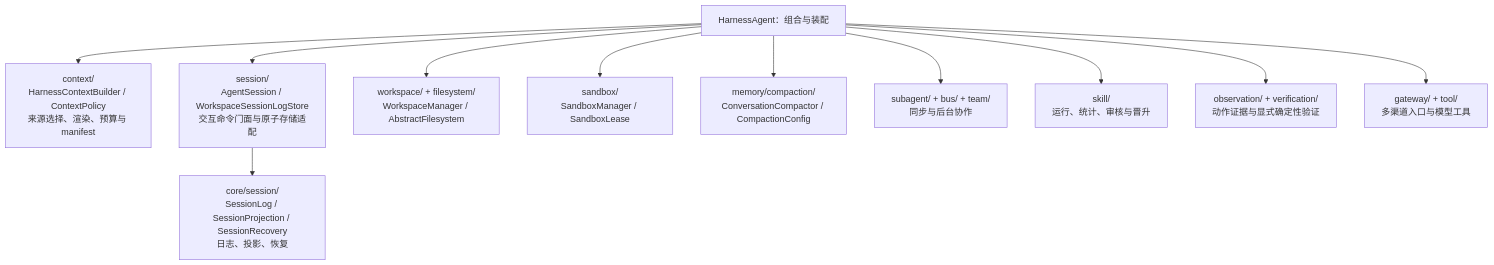
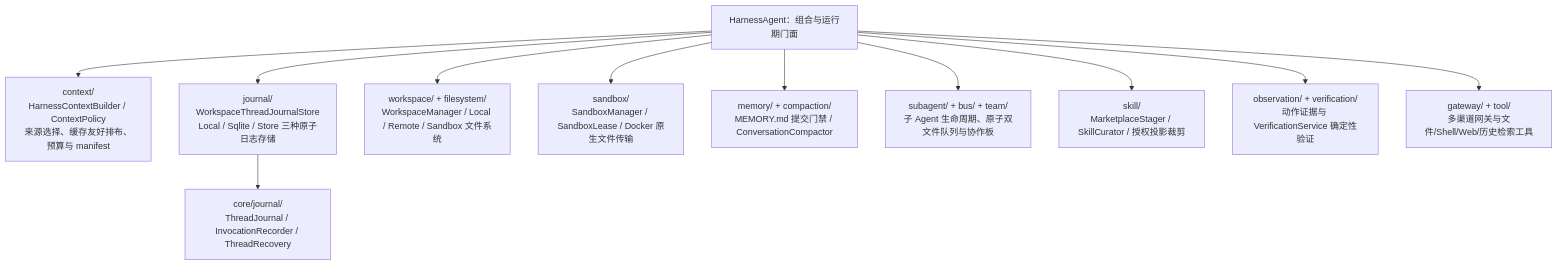
One commit to liulangjietou/AgentScope-source-analysis changed the second of 4 diagrams in 07-Harness工程化外壳.md. Above: the diagram before and after it, drawn with Mermaid. The commit also changed other lines of this file and 14 other files, not shown here.

````diff
--- a/07-Harness工程化外壳.md
+++ b/07-Harness工程化外壳.md
@@ -50,14 +57,14 @@
 ```mermaid
 flowchart TB
-    HA["HarnessAgent：组合与装配"]
-    HA --> CT["context/<br/>HarnessContextBuilder / ContextPolicy<br/>来源选择、渲染、预算与 manifest"]
-    HA --> SE["session/<br/>AgentSession / WorkspaceSessionLogStore<br/>交互命令门面与原子存储适配"]
-    SE --> CS["core/session/<br/>SessionLog / SessionProjection / SessionRecovery<br/>日志、投影、恢复"]
-    HA --> WS["workspace/ + filesystem/<br/>WorkspaceManager / AbstractFilesystem"]
-    HA --> SB["sandbox/<br/>SandboxManager / SandboxLease"]
-    HA --> MEM["memory/compaction/<br/>ConversationCompactor / CompactionConfig"]
-    HA --> SUB["subagent/ + bus/ + team/<br/>同步与后台协作"]
-    HA --> SK["skill/<br/>运行、统计、审核与晋升"]
-    HA --> OV["observation/ + verification/<br/>动作证据与显式确定性验证"]
-    HA --> GW["gateway/ + tool/<br/>多渠道入口与模型工具"]
+    HA["HarnessAgent：组合与运行期门面"]
+    HA --> CT["context/<br/>HarnessContextBuilder / ContextPolicy<br/>来源选择、缓存友好排布、预算与 manifest"]
+    HA --> JN["journal/<br/>WorkspaceThreadJournalStore<br/>Local / Sqlite / Store 三种原子日志存储"]
+    JN --> CJ["core/journal/<br/>ThreadJournal / InvocationRecorder / ThreadRecovery"]
+    HA --> WS["workspace/ + filesystem/<br/>WorkspaceManager / Local / Remote / Sandbox 文件系统"]
+    HA --> SB["sandbox/<br/>SandboxManager / SandboxLease / Docker 原生文件传输"]
+    HA --> MEM["memory/ + compaction/<br/>MEMORY.md 提交门禁 / ConversationCompactor"]
+    HA --> SUB["subagent/ + bus/ + team/<br/>子 Agent 生命周期、原子双文件队列与协作板"]
+    HA --> SK["skill/<br/>MarketplaceStager / SkillCurator / 授权投影裁剪"]
+    HA --> OV["observation/ + verification/<br/>动作证据与 VerificationService 确定性验证"]
+    HA --> GW["gateway/ + tool/<br/>多渠道网关与文件/Shell/Web/历史检索工具"]
 ```
````
